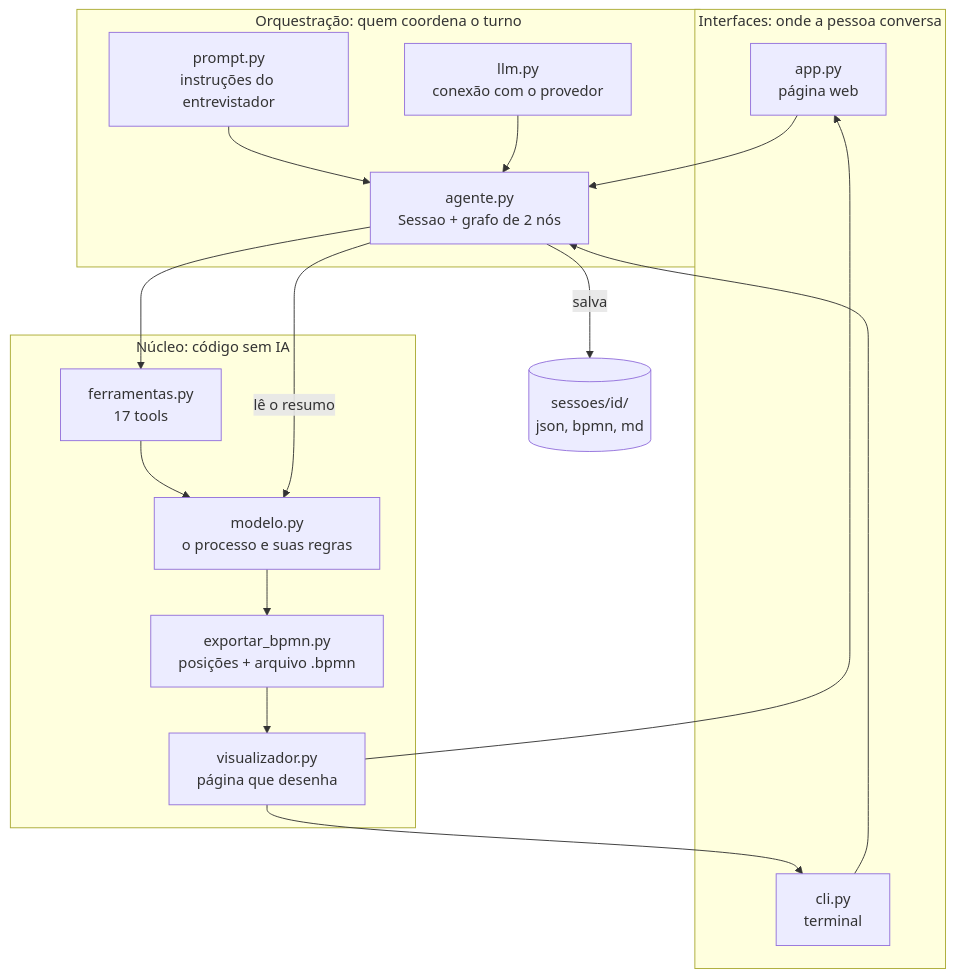
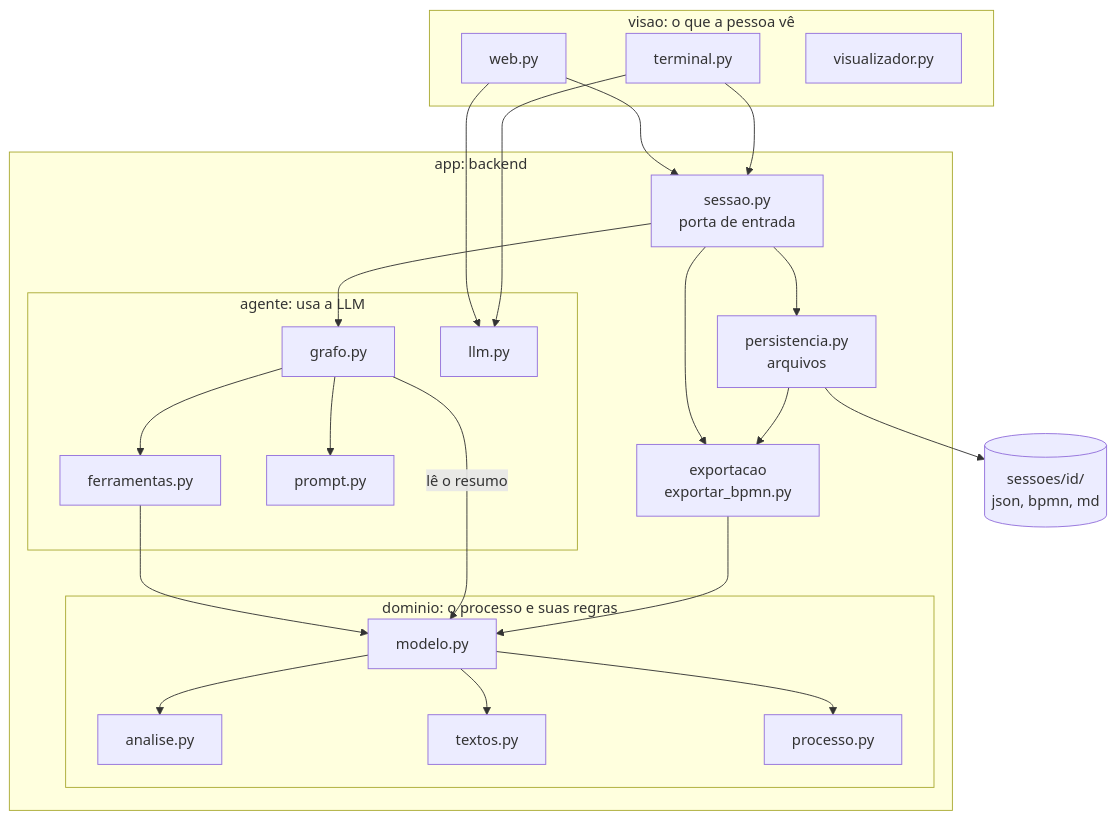
One commit to arthurparahyba/bpmn-agent changed the second of 4 diagrams in docs/README.md. Above: the diagram before and after it, drawn with Mermaid. The commit also changed other lines of this file and 16 other files, not shown here.

````diff
--- a/docs/README.md
+++ b/docs/README.md
@@ -39,33 +69,46 @@
 ```mermaid
 flowchart TB
-    subgraph interfaces["Interfaces: onde a pessoa conversa"]
-        APP["app.py<br/>página web"]
-        CLI["cli.py<br/>terminal"]
+    subgraph visao["visao: o que a pessoa vê"]
+        WEB["web.py"]
+        TER["terminal.py"]
+        VIS["visualizador.py"]
     end
 
-    subgraph orquestracao["Orquestração: quem coordena o turno"]
-        SES["agente.py<br/>Sessao + grafo de 2 nós"]
-        PRO["prompt.py<br/>instruções do entrevistador"]
-        LLM["llm.py<br/>conexão com o provedor"]
-    end
-
-    subgraph nucleo["Núcleo: código sem IA"]
-        FER["ferramentas.py<br/>17 tools"]
-        MOD["modelo.py<br/>o processo e suas regras"]
-        EXP["exportar_bpmn.py<br/>posições + arquivo .bpmn"]
-        VIS["visualizador.py<br/>página que desenha"]
+    subgraph app["app: backend"]
+        SES["sessao.py<br/>porta de entrada"]
+        PER["persistencia.py<br/>arquivos"]
+        subgraph agente["agente: usa a LLM"]
+            GRA["grafo.py"]
+            FER["ferramentas.py"]
+            PRO["prompt.py"]
+            LLM["llm.py"]
+        end
+        EXP["exportacao<br/>exportar_bpmn.py"]
+        subgraph dominio["dominio: o processo e suas regras"]
+            MOD["modelo.py"]
+            ANA["analise.py"]
+            TEX["textos.py"]
+            DAD["processo.py"]
+        end
     end
 
     DISCO[("sessoes/id/<br/>json, bpmn, md")]
 
-    APP --> SES
-    CLI --> SES
-    PRO --> SES
-    LLM --> SES
-    SES --> FER --> MOD
-    SES -- "lê o resumo" --> MOD
-    MOD --> EXP --> VIS
-    SES -- "salva" --> DISCO
-    VIS --> APP
-    VIS --> CLI
+    WEB --> SES
+    TER --> SES
+    WEB --> LLM
+    TER --> LLM
+    SES --> GRA
+    SES --> PER
+    SES --> EXP
+    GRA --> FER
+    GRA --> PRO
+    FER --> MOD
+    GRA -- "lê o resumo" --> MOD
+    MOD --> ANA
+    MOD --> TEX
+    MOD --> DAD
+    EXP --> MOD
+    PER --> EXP
+    PER --> DISCO
 ```
````
